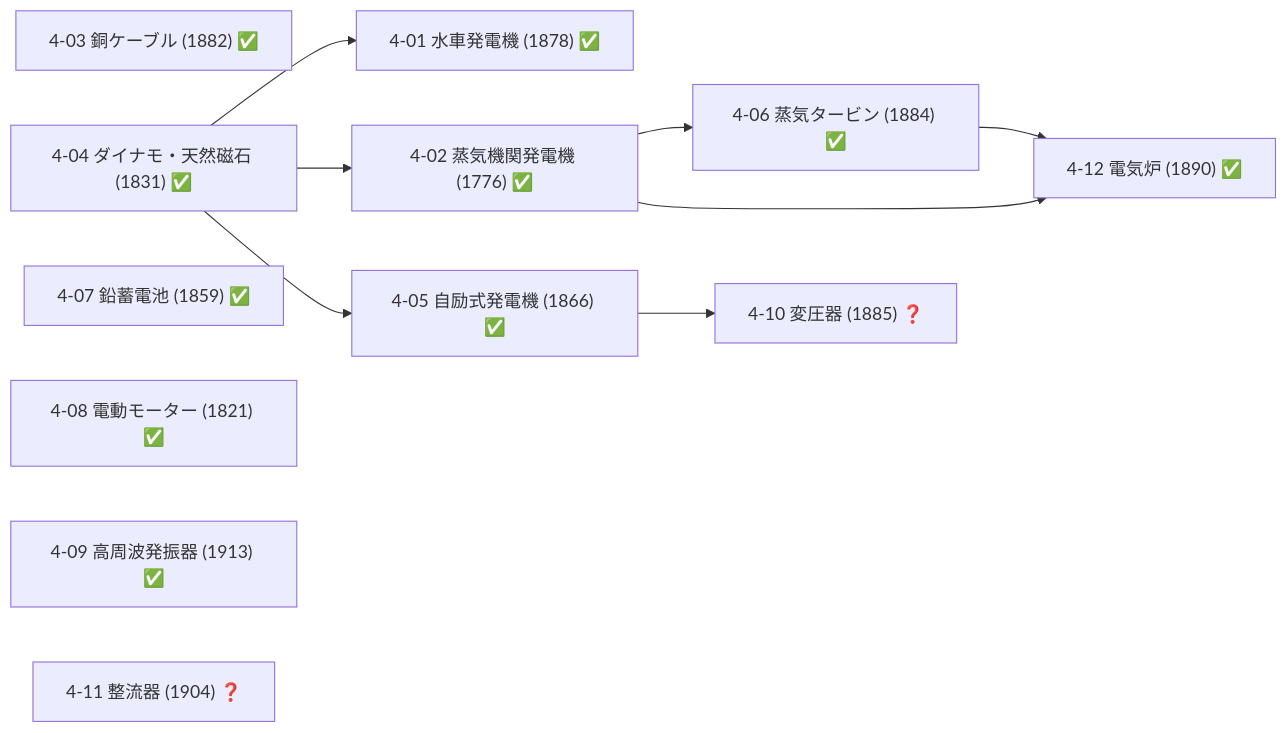
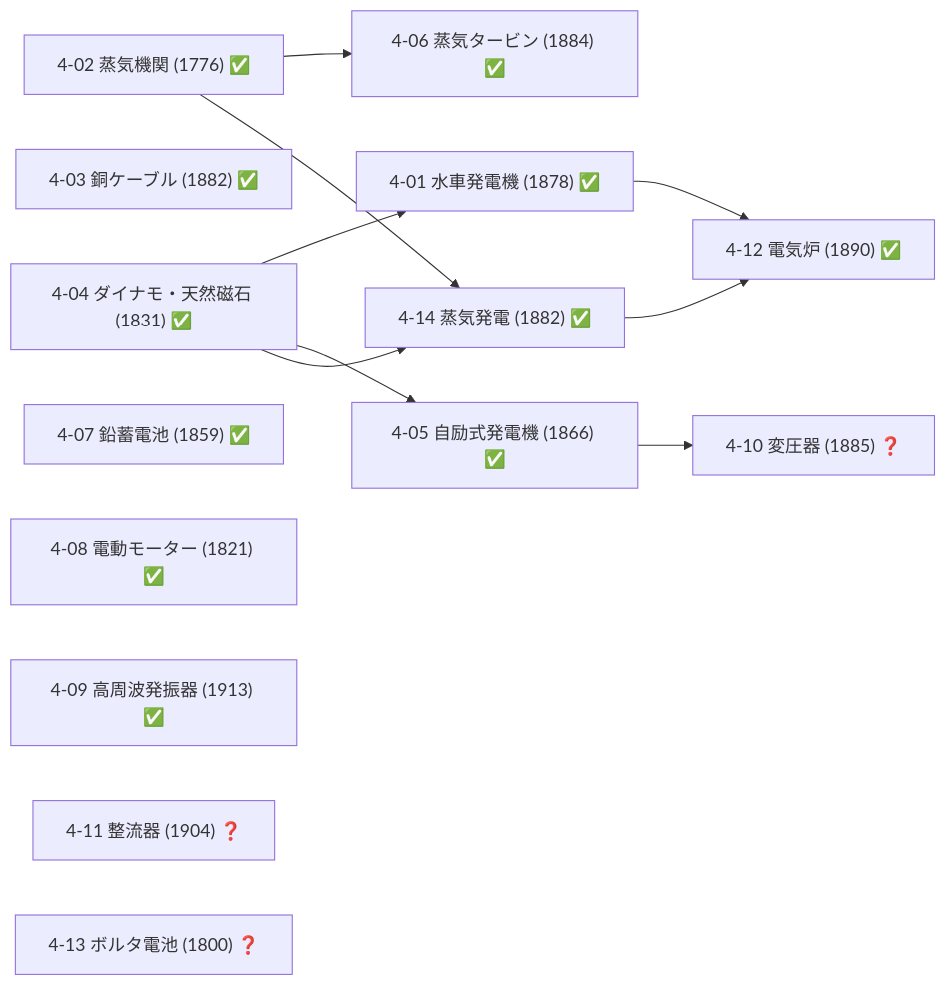
The seventh of 19 diagrams in docs/TECH_TREE_VIEW.md (taku3i0317-collab/semiconductor-lab), drawn with Mermaid before and after one commit. The commit also changed other lines of this file and 6 other files, not shown here.

````diff
--- a/docs/TECH_TREE_VIEW.md
+++ b/docs/TECH_TREE_VIEW.md
@@ -353,22 +366,25 @@
 ```mermaid
 graph LR
   n4_01["4-01 水車発電機 (1878) ✅"]
-  n4_02["4-02 蒸気機関発電機 (1776) ✅"]
+  n4_02["4-02 蒸気機関 (1776) ✅"]
   n4_03["4-03 銅ケーブル (1882) ✅"]
   n4_04["4-04 ダイナモ・天然磁石 (1831) ✅"]
   n4_05["4-05 自励式発電機 (1866) ✅"]
   n4_06["4-06 蒸気タービン (1884) ✅"]
   n4_07["4-07 鉛蓄電池 (1859) ✅"]
   n4_08["4-08 電動モーター (1821) ✅"]
   n4_09["4-09 高周波発振器 (1913) ✅"]
   n4_10["4-10 変圧器 (1885) ❓"]
   n4_11["4-11 整流器 (1904) ❓"]
   n4_12["4-12 電気炉 (1890) ✅"]
+  n4_13["4-13 ボルタ電池 (1800) ❓"]
+  n4_14["4-14 蒸気発電 (1882) ✅"]
   n4_04-->n4_01
-  n4_04-->n4_02
   n4_04-->n4_05
   n4_02-->n4_06
   n4_05-->n4_10
-  n4_02-->n4_12
-  n4_06-->n4_12
+  n4_01-->n4_12
+  n4_14-->n4_12
+  n4_02-->n4_14
+  n4_04-->n4_14
 ```
````
